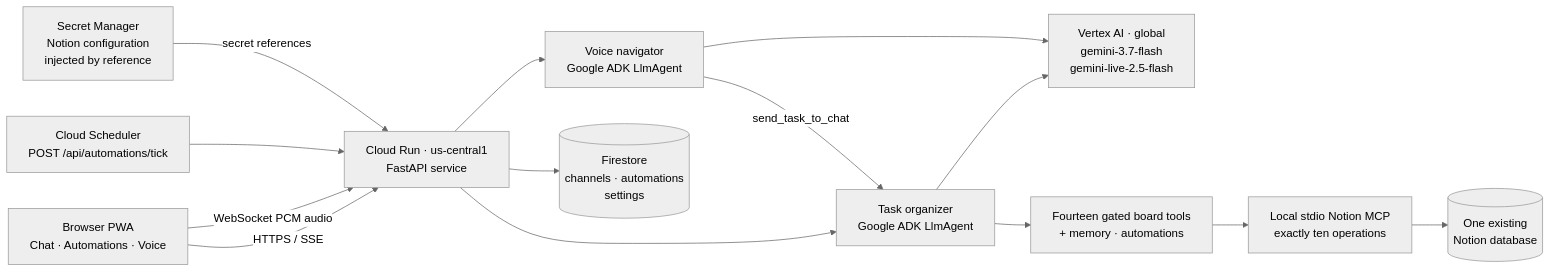
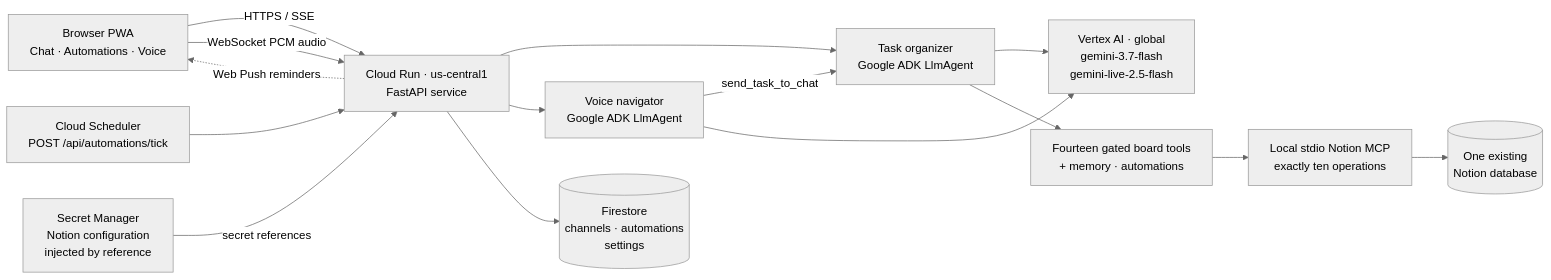
The diagram in docs/architecture.md (Avischai-G/avi-notes-assistant), drawn with Mermaid (neutral theme) before and after one commit. The commit also changed other lines of this file and 7 other files, not shown here.

First line of the commit message:
Update all docs for five-minute tick, Reminder date column, and Web Push

````diff
--- a/docs/architecture.md
+++ b/docs/architecture.md
@@ -9,28 +9,29 @@
 ```mermaid
 flowchart LR
     B[Browser PWA\nChat · Automations · Voice]
     API[Cloud Run · us-central1\nFastAPI service]
     A[Task organizer\nGoogle ADK LlmAgent]
     L[Voice navigator\nGoogle ADK LlmAgent]
     V[Vertex AI · global\ngemini-3.7-flash\ngemini-live-2.5-flash]
     T[Fourteen gated board tools\n+ memory · automations]
     M[Local stdio Notion MCP\nexactly ten operations]
     N[(One existing\nNotion database)]
     F[(Firestore\nchannels · automations\nsettings)]
     S[Secret Manager\nNotion configuration\ninjected by reference]
     C[Cloud Scheduler\nPOST /api/automations/tick]
 
     B -->|HTTPS / SSE| API
     B -->|WebSocket PCM audio| API
+    API -.->|Web Push reminders| B
     C --> API
     S -->|secret references| API
     API --> A
     API --> L
     L -->|send_task_to_chat| A
     A --> V
     L --> V
     A --> T
     T --> M
     M --> N
     API --> F
 ```
````
